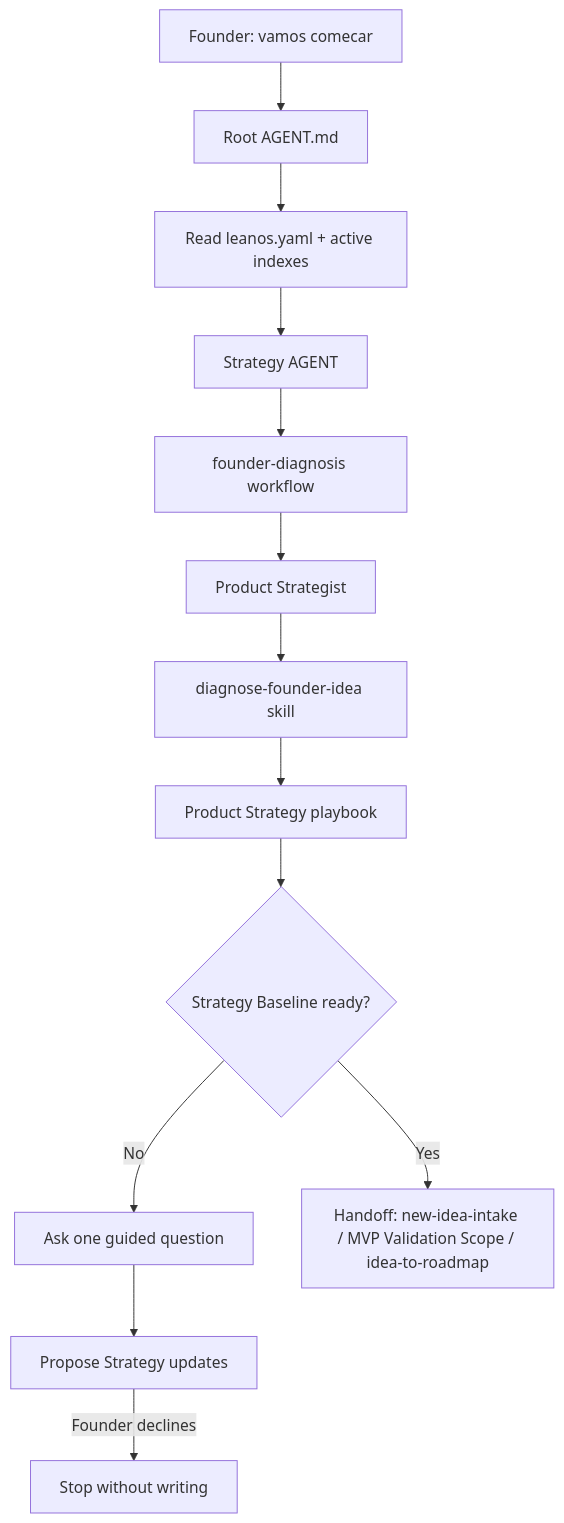
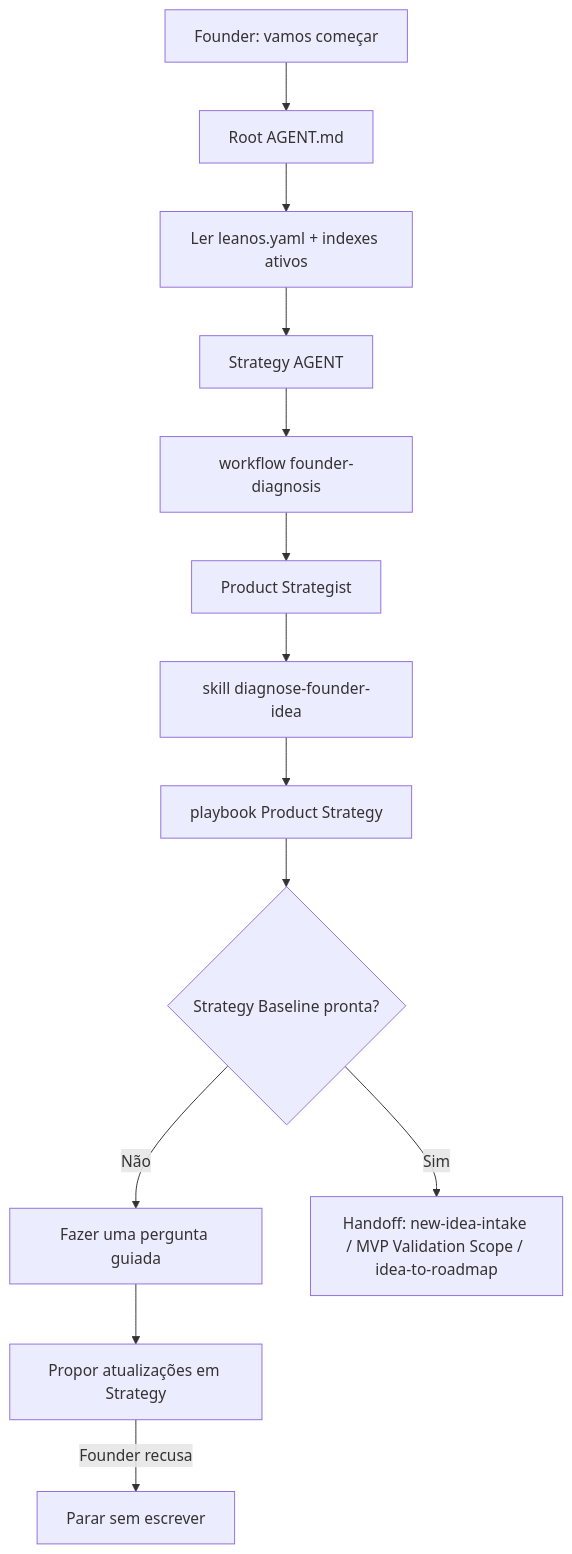
One commit to desousajhonny/leanOS changed the diagram in docs/framework/founder-journeys/start-leanos.md. Above: the diagram before and after it, drawn with Mermaid. The commit also changed other lines of this file and 23 other files, not shown here.

````diff
--- a/docs/framework/founder-journeys/start-leanos.md
+++ b/docs/framework/founder-journeys/start-leanos.md
@@ -22,21 +22,21 @@
 ```mermaid
 flowchart TD
-  A["Founder: vamos comecar"]
+  A["Founder: vamos começar"]
   B["Root AGENT.md"]
-  C["Read leanos.yaml + active indexes"]
+  C["Ler leanos.yaml + indexes ativos"]
   D["Strategy AGENT"]
-  E["founder-diagnosis workflow"]
+  E["workflow founder-diagnosis"]
   F["Product Strategist"]
-  G["diagnose-founder-idea skill"]
-  H["Product Strategy playbook"]
-  I{"Strategy Baseline ready?"}
-  J["Ask one guided question"]
-  K["Propose Strategy updates"]
+  G["skill diagnose-founder-idea"]
+  H["playbook Product Strategy"]
+  I{"Strategy Baseline pronta?"}
+  J["Fazer uma pergunta guiada"]
+  K["Propor atualizações em Strategy"]
   L["Handoff: new-idea-intake / MVP Validation Scope / idea-to-roadmap"]
-  M["Stop without writing"]
+  M["Parar sem escrever"]
 
   A --> B --> C --> D --> E --> F --> G --> H --> I
-  I -->|No| J --> K
-  I -->|Yes| L
-  K -->|Founder declines| M
+  I -->|Não| J --> K
+  I -->|Sim| L
+  K -->|Founder recusa| M
 ```
````
